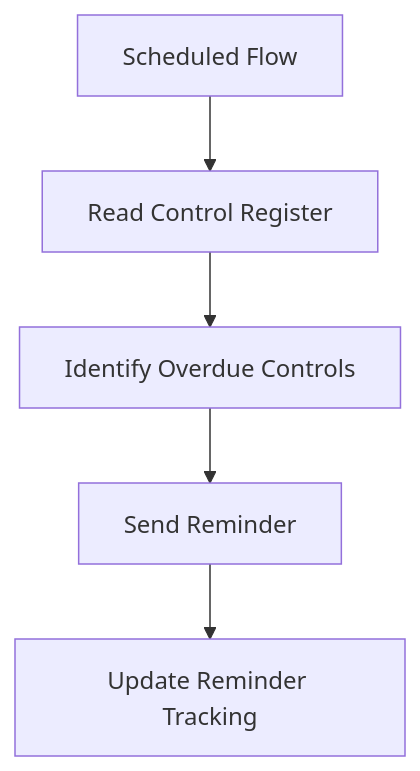
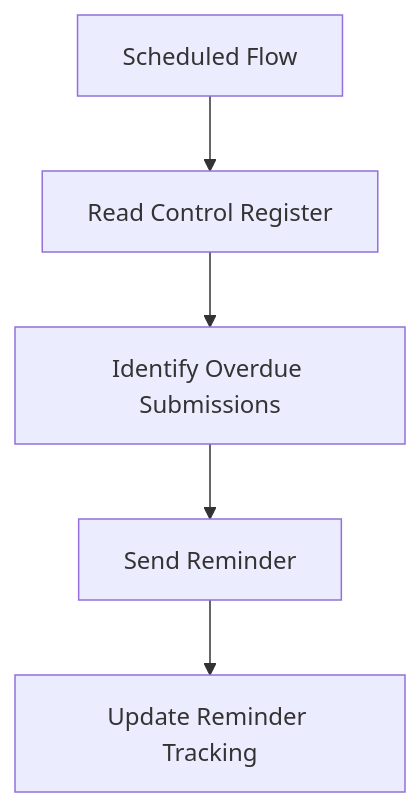
Before and after one commit to gw-ai-security/cyber-governance-automation-lab: the second of 2 diagrams in docs/architecture.md, drawn with Mermaid. The commit also changed other lines of this file and 4 other files, not shown here.

````diff
--- a/docs/architecture.md
+++ b/docs/architecture.md
@@ -26,7 +26,7 @@
 ```mermaid
 flowchart TD
     A[Scheduled Flow] --> B[Read Control Register]
-    B --> C[Identify Overdue Controls]
+    B --> C[Identify Overdue Submissions]
     C --> D[Send Reminder]
     D --> E[Update Reminder Tracking]
 ```
````
